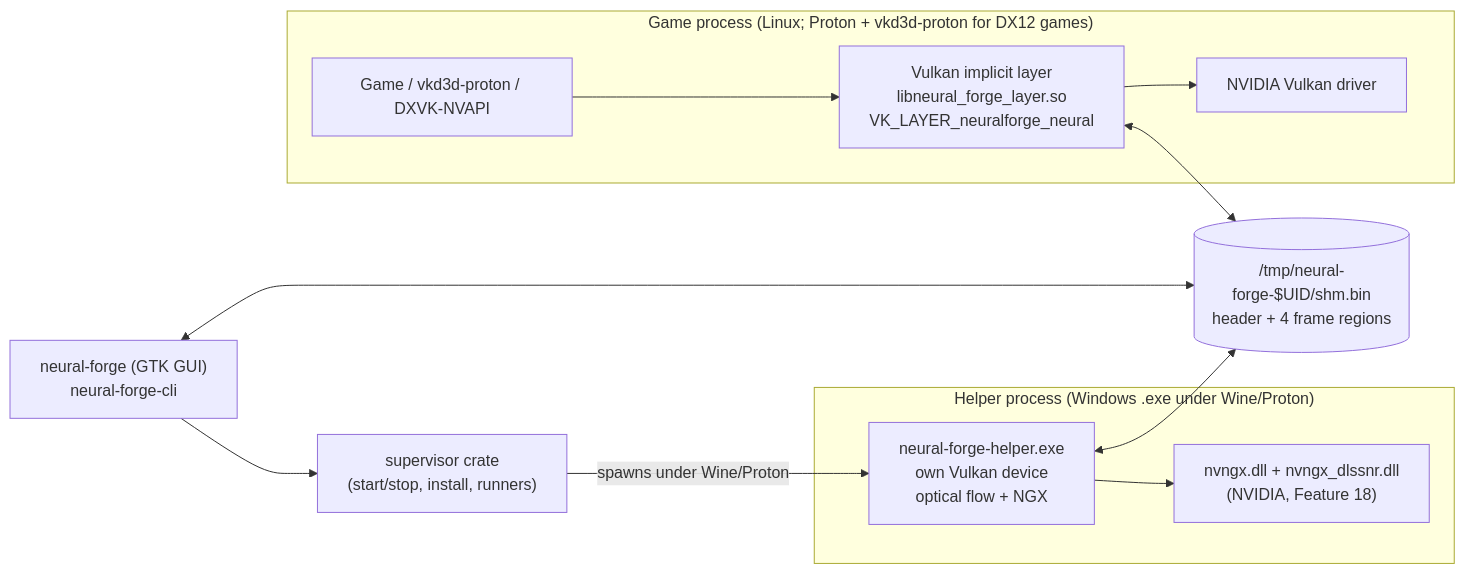
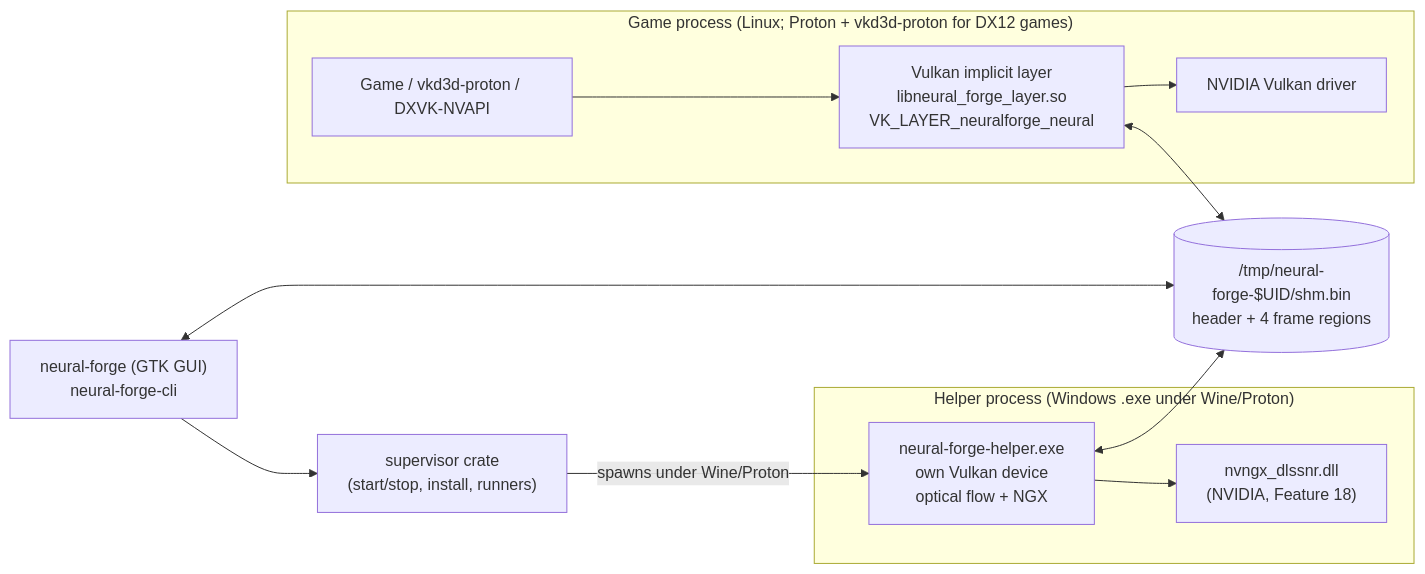
One commit to labj1987/neural-forge changed the first of 4 diagrams in docs/ARCHITECTURE.md. Above: the diagram before and after it, drawn with Mermaid. The commit also changed other lines of this file and 12 other files, not shown here.

First line of the commit message:
2.0.10: the helper needs only nvngx_dlssnr.dll

````diff
--- a/docs/ARCHITECTURE.md
+++ b/docs/ARCHITECTURE.md
@@ -13,20 +13,20 @@
 ```mermaid
 flowchart LR
     subgraph game["Game process (Linux; Proton + vkd3d-proton for DX12 games)"]
         app["Game / vkd3d-proton / DXVK-NVAPI"]
         layer["Vulkan implicit layer<br/>libneural_forge_layer.so<br/>VK_LAYER_neuralforge_neural"]
         app --> layer --> driver["NVIDIA Vulkan driver"]
     end
     subgraph helperproc["Helper process (Windows .exe under Wine/Proton)"]
         helper["neural-forge-helper.exe<br/>own Vulkan device<br/>optical flow + NGX"]
-        ngx["nvngx.dll + nvngx_dlssnr.dll<br/>(NVIDIA, Feature 18)"]
+        ngx["nvngx_dlssnr.dll<br/>(NVIDIA, Feature 18)"]
         helper --> ngx
     end
     shm[("/tmp/neural-forge-$UID/shm.bin<br/>header + 4 frame regions")]
     gui["neural-forge (GTK GUI)<br/>neural-forge-cli"]
     sup["supervisor crate<br/>(start/stop, install, runners)"]
     layer <--> shm
     helper <--> shm
     gui <--> shm
     gui --> sup -->|"spawns under Wine/Proton"| helper
 ```
````
